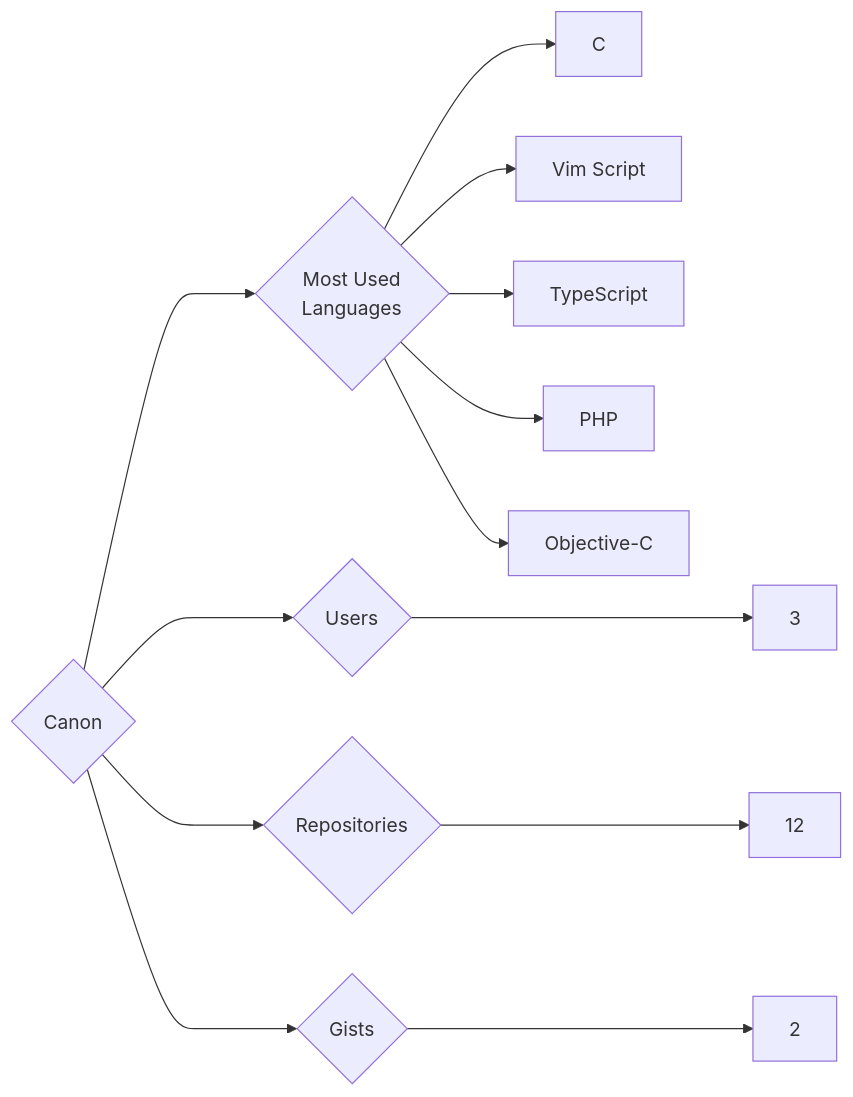
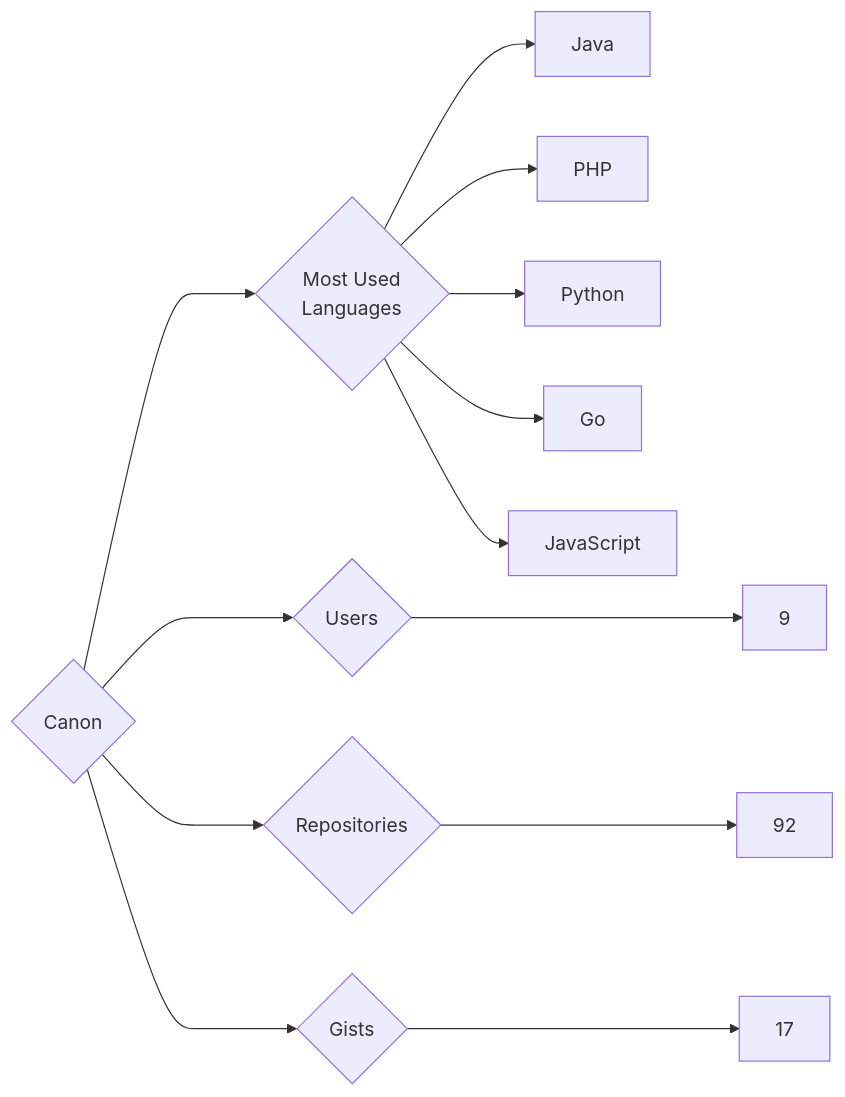
Before and after one commit to trickest/insiders: the diagram in targets/Canon/README.md, drawn with Mermaid. The commit also changed 1175 other files, not shown here.

````diff
--- a/targets/Canon/README.md
+++ b/targets/Canon/README.md
@@ -3,13 +3,13 @@
 ```mermaid
 graph LR
 COMPANY_NAME{Canon}
-COMPANY_NAME ---> U{Users} ---> UN[3]
-COMPANY_NAME ---> R{Repositories} ---> RN[12]
-COMPANY_NAME ---> G{Gists} ---> GN[2]
+COMPANY_NAME ---> U{Users} ---> UN[9]
+COMPANY_NAME ---> R{Repositories} ---> RN[92]
+COMPANY_NAME ---> G{Gists} ---> GN[17]
 COMPANY_NAME ---> ML{Most Used<br>Languages}
-ML --> C[C]
-ML --> Vim_Script[Vim Script]
-ML --> TypeScript[TypeScript]
+ML --> Java[Java]
 ML --> PHP[PHP]
-ML --> Objective-C[Objective-C]
+ML --> Python[Python]
+ML --> Go[Go]
+ML --> JavaScript[JavaScript]
 ```
````
